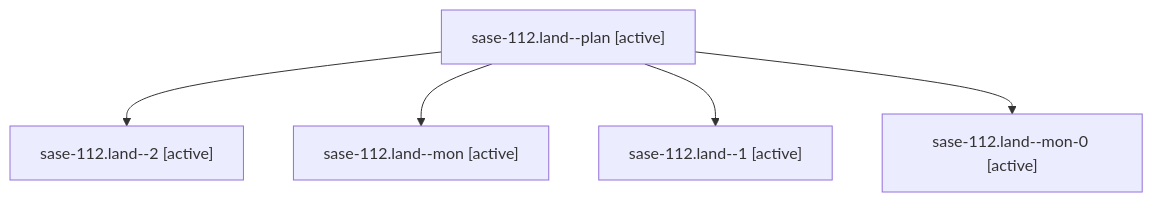
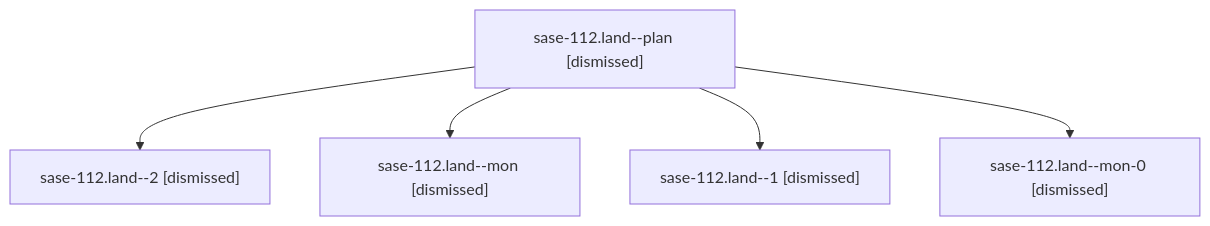
One commit to sase-org/sase--agents changed the diagram in sessions/bbugyi200.athena.sase-112.land.md. Above: the diagram before and after it, drawn with Mermaid. The commit also changed other lines of this file and 104 other files, not shown here.

````diff
--- a/sessions/bbugyi200.athena.sase-112.land.md
+++ b/sessions/bbugyi200.athena.sase-112.land.md
@@ -9,12 +9,12 @@
 ```mermaid
 flowchart TD
-  n0["sase-112.land--plan [active]"]
-  n1["sase-112.land--2 [active]"]
+  n0["sase-112.land--plan [dismissed]"]
+  n1["sase-112.land--2 [dismissed]"]
   n0 --> n1
-  n2["sase-112.land--mon [active]"]
+  n2["sase-112.land--mon [dismissed]"]
   n0 --> n2
-  n3["sase-112.land--1 [active]"]
+  n3["sase-112.land--1 [dismissed]"]
   n0 --> n3
-  n4["sase-112.land--mon-0 [active]"]
+  n4["sase-112.land--mon-0 [dismissed]"]
   n0 --> n4
 ```
````
